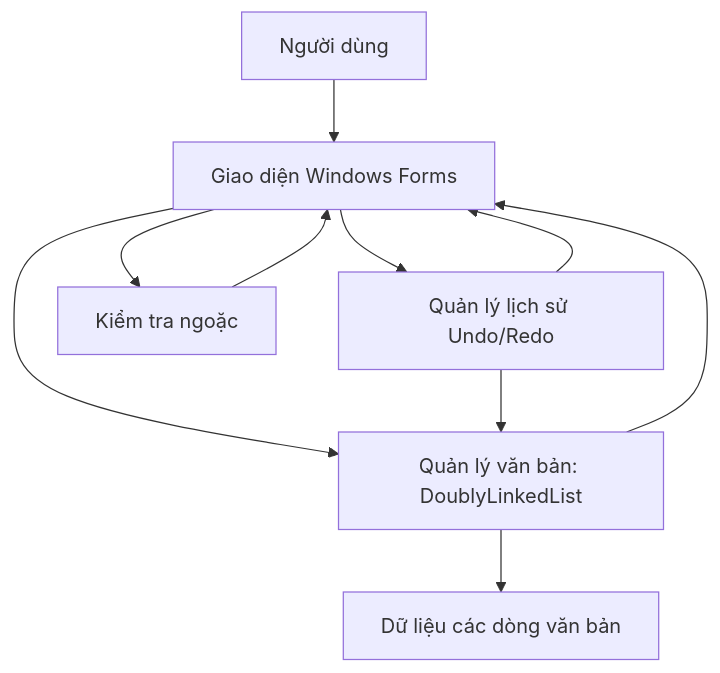
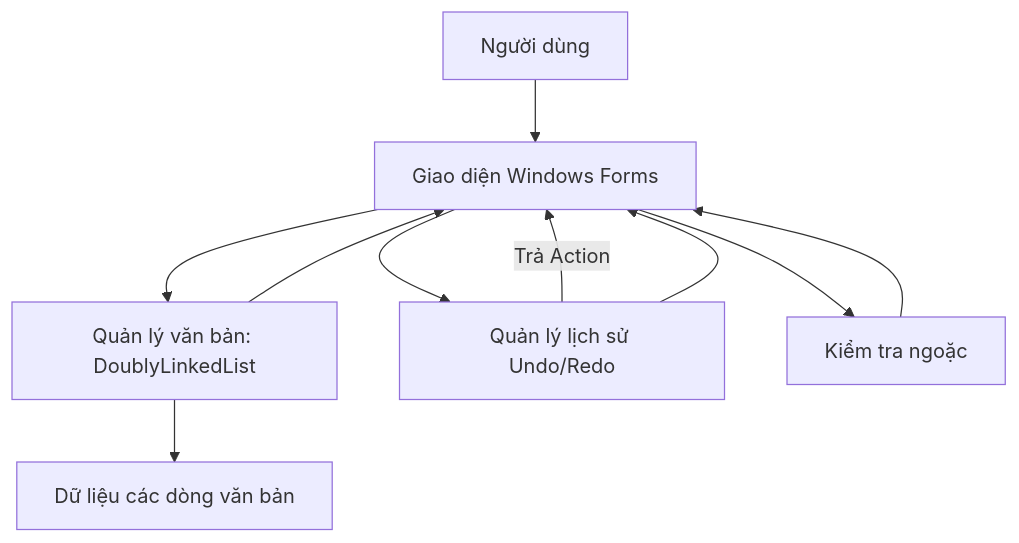
One commit to dangnguyenphucthinhcn22tc36-cell/N3_CTDLGT changed the diagram in TV4/BaoCao/BaoCao_CodeNote.md. Above: the diagram before and after it, drawn with Mermaid. The commit also changed other lines of this file and 8 other files, not shown here.

````diff
--- a/TV4/BaoCao/BaoCao_CodeNote.md
+++ b/TV4/BaoCao/BaoCao_CodeNote.md
@@ -295,12 +298,12 @@
 ```mermaid
 flowchart TD
     A[Người dùng] --> B[Giao diện Windows Forms]
     B --> C[Quản lý văn bản: DoublyLinkedList]
     B --> D[Quản lý lịch sử Undo/Redo]
     B --> E[Kiểm tra ngoặc]
     C --> F[Dữ liệu các dòng văn bản]
-    D --> C
+    D -- Trả Action --> B
     C --> B
     D --> B
     E --> B
 ```
````
